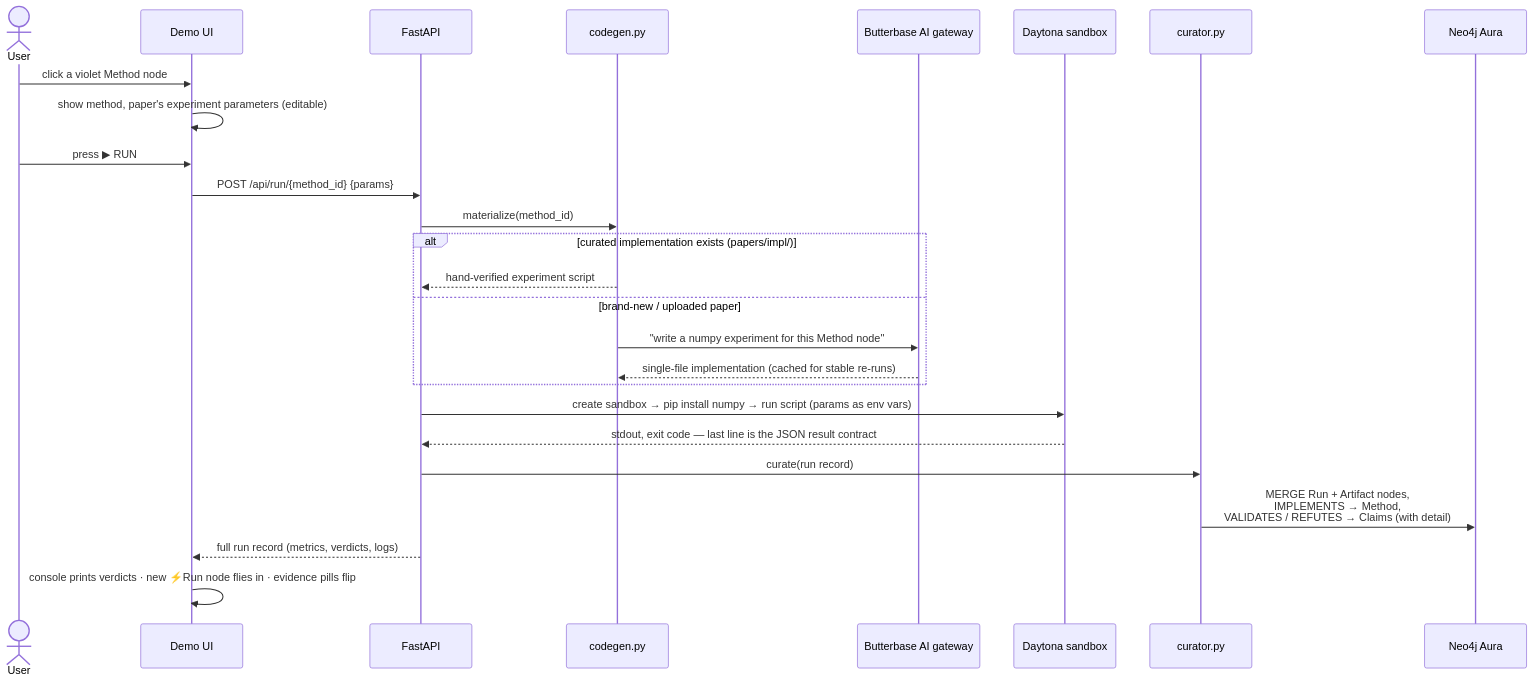
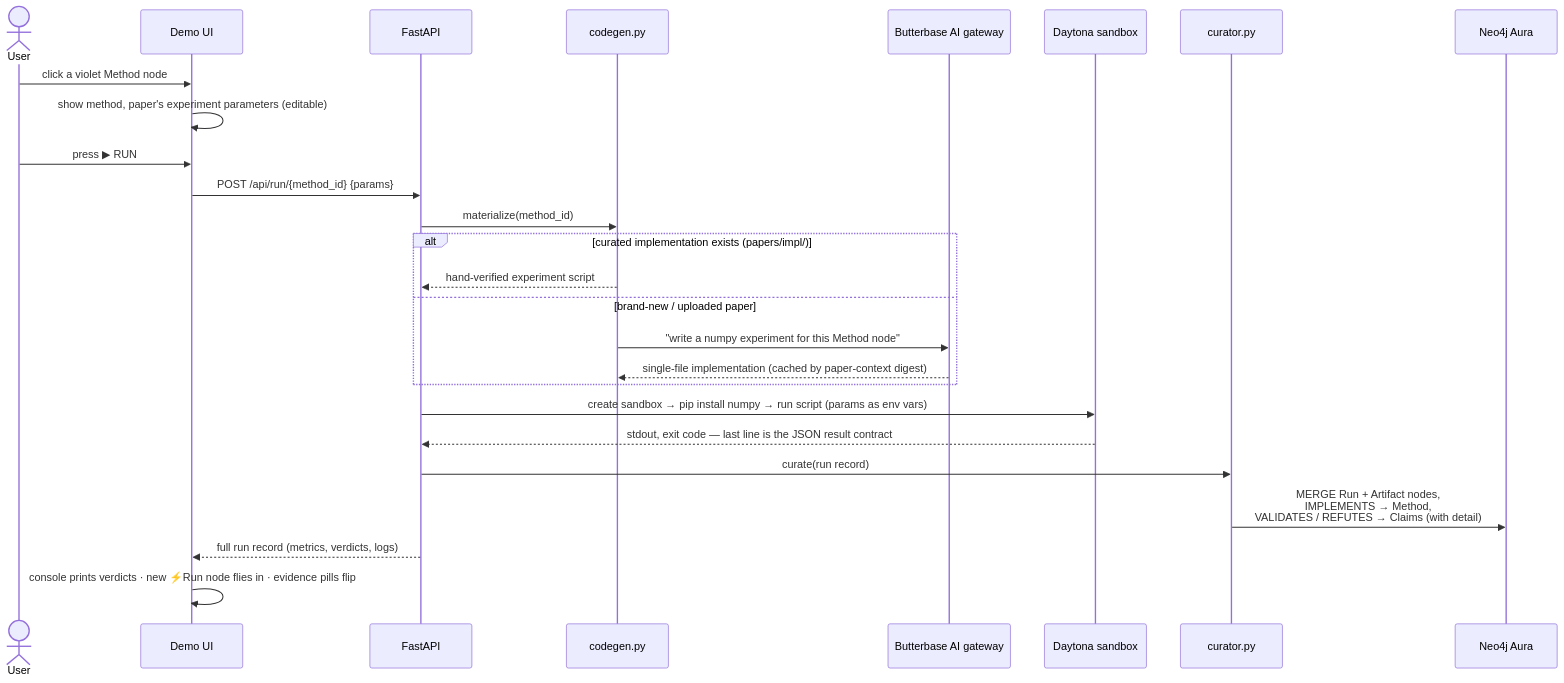
One commit to samshanmukh/Paper-to-Results-Graph changed the second of 6 diagrams in README.md. Above: the diagram before and after it, drawn with Mermaid. The commit also changed other lines of this file and 60 other files, not shown here.

````diff
--- a/README.md
+++ b/README.md
@@ -120,29 +120,29 @@
 ```mermaid
 sequenceDiagram
     actor U as User
     participant UI as Demo UI
     participant API as FastAPI
     participant CG as codegen.py
     participant GW as Butterbase AI gateway
     participant DT as Daytona sandbox
     participant CU as curator.py
     participant NEO as Neo4j Aura
 
     U->>UI: click a violet Method node
     UI->>UI: show method, paper's experiment parameters (editable)
     U->>UI: press ▶ RUN
     UI->>API: POST /api/run/{method_id} {params}
     API->>CG: materialize(method_id)
     alt curated implementation exists (papers/impl/)
         CG-->>API: hand-verified experiment script
     else brand-new / uploaded paper
         CG->>GW: "write a numpy experiment for this Method node"
-        GW-->>CG: single-file implementation (cached for stable re-runs)
+        GW-->>CG: single-file implementation (cached by paper-context digest)
     end
     API->>DT: create sandbox → pip install numpy → run script (params as env vars)
     DT-->>API: stdout, exit code — last line is the JSON result contract
     API->>CU: curate(run record)
     CU->>NEO: MERGE Run + Artifact nodes,<br/>IMPLEMENTS → Method,<br/>VALIDATES / REFUTES → Claims (with detail)
     API-->>UI: full run record (metrics, verdicts, logs)
     UI->>UI: console prints verdicts · new ⚡Run node flies in · evidence pills flip
 ```
````
